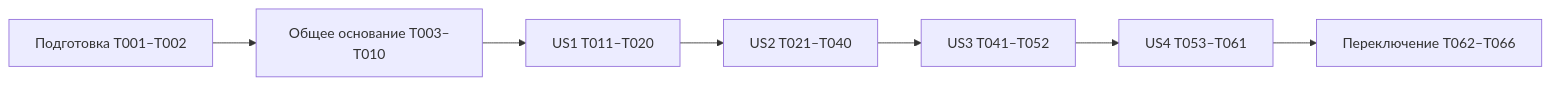
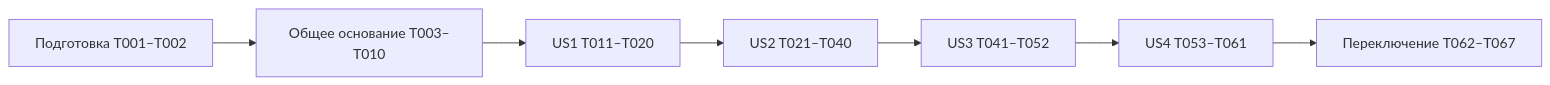
Before and after one commit to igmo71/Wms: the diagram in specs/011-outbound-workflows/tasks.md, drawn with Mermaid. The commit also changed other lines of this file and 19 other files, not shown here.

````diff
--- a/specs/011-outbound-workflows/tasks.md
+++ b/specs/011-outbound-workflows/tasks.md
@@ -274,9 +278,9 @@
 ```mermaid
 flowchart LR
     A["Подготовка T001–T002"] --> B["Общее основание T003–T010"]
     B --> C["US1 T011–T020"]
     C --> D["US2 T021–T040"]
     D --> E["US3 T041–T052"]
     E --> F["US4 T053–T061"]
-    F --> G["Переключение T062–T066"]
+    F --> G["Переключение T062–T067"]
 ```
````
